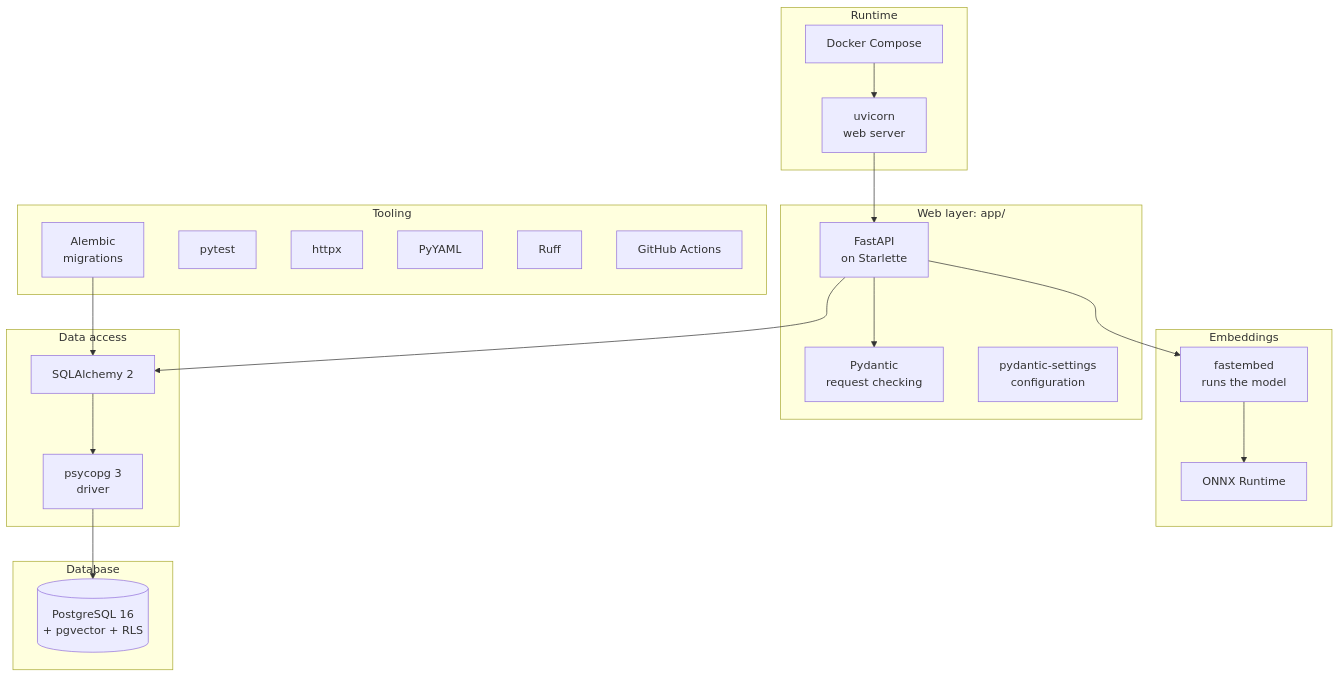
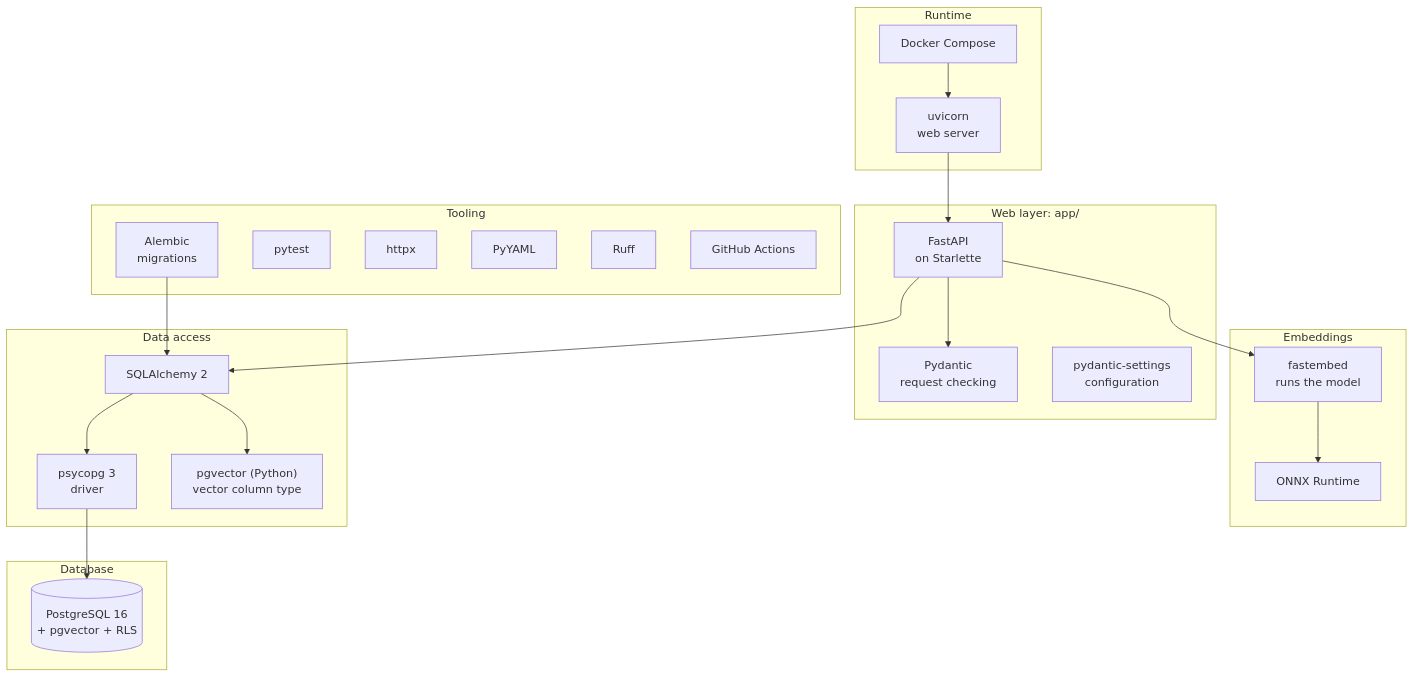
Before and after one commit to ZiadHendawy/mutable: the seventh of 23 diagrams in docs/design.md, drawn with Mermaid. The commit also changed other lines of this file and 10 other files, not shown here.

````diff
--- a/docs/design.md
+++ b/docs/design.md
@@ -519,33 +525,34 @@
 ```mermaid
 flowchart TB
     subgraph run["Runtime"]
         compose["Docker Compose"] --> uvicorn["uvicorn<br/>web server"]
     end
     subgraph web["Web layer: app/"]
         fastapi["FastAPI<br/>on Starlette"] --> pydantic["Pydantic<br/>request checking"]
         settings["pydantic-settings<br/>configuration"]
     end
     subgraph embed["Embeddings"]
         fastembed["fastembed<br/>runs the model"] --> onnx["ONNX Runtime"]
     end
     subgraph data["Data access"]
         sqlalchemy["SQLAlchemy 2"] --> psycopg["psycopg 3<br/>driver"]
+        sqlalchemy --> pgvectorpy["pgvector (Python)<br/>vector column type"]
     end
     subgraph db["Database"]
         postgres[("PostgreSQL 16<br/>+ pgvector + RLS")]
     end
     subgraph tools["Tooling"]
         alembic["Alembic<br/>migrations"]
         pytest["pytest"]
         httpx["httpx"]
         yaml["PyYAML"]
         ruff["Ruff"]
         gha["GitHub Actions"]
     end
 
     uvicorn --> fastapi
     fastapi --> sqlalchemy
     fastapi --> fastembed
     psycopg --> postgres
     alembic --> sqlalchemy
 ```
````
